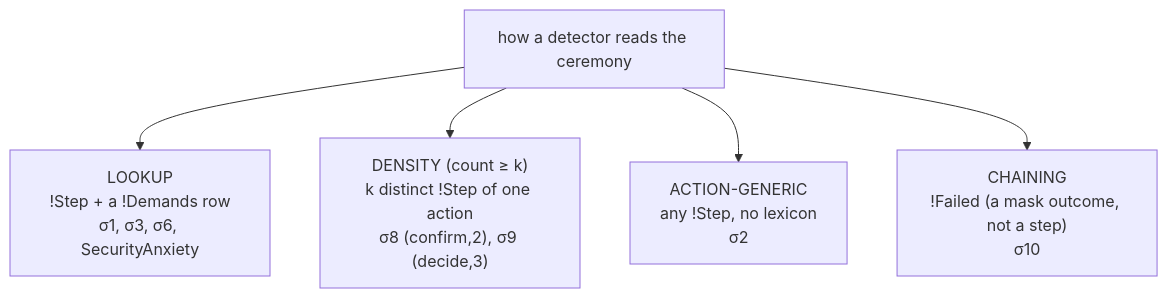
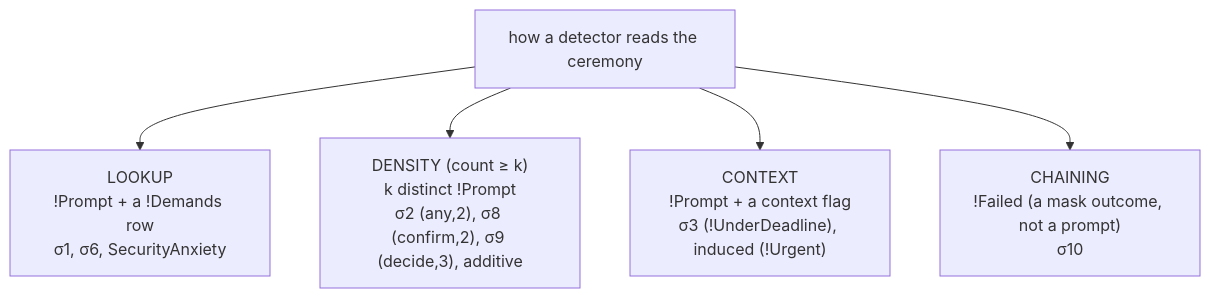
The second of 3 diagrams in tamarin_model/STRESSORS.md (LarissaGRosa/mcp-usable-security-formal-analysis), drawn with Mermaid before and after one commit. The commit also changed other lines of this file and 135 other files, not shown here.

````diff
--- a/tamarin_model/STRESSORS.md
+++ b/tamarin_model/STRESSORS.md
@@ -108,7 +126,7 @@
 ```mermaid
 flowchart TD
-  ROOT["how a detector reads the ceremony"] --> LK["LOOKUP<br/>!Step + a !Demands row<br/>σ1, σ3, σ6, SecurityAnxiety"]
-  ROOT --> DN["DENSITY (count ≥ k)<br/>k distinct !Step of one action<br/>σ8 (confirm,2), σ9 (decide,3)"]
-  ROOT --> GN["ACTION-GENERIC<br/>any !Step, no lexicon<br/>σ2"]
-  ROOT --> CH["CHAINING<br/>!Failed (a mask outcome, not a step)<br/>σ10"]
+  ROOT["how a detector reads the ceremony"] --> LK["LOOKUP<br/>!Prompt + a !Demands row<br/>σ1, σ6, SecurityAnxiety"]
+  ROOT --> DN["DENSITY (count ≥ k)<br/>k distinct !Prompt<br/>σ2 (any,2), σ8 (confirm,2), σ9 (decide,3), additive"]
+  ROOT --> CX["CONTEXT<br/>!Prompt + a context flag<br/>σ3 (!UnderDeadline), induced (!Urgent)"]
+  ROOT --> CH["CHAINING<br/>!Failed (a mask outcome, not a prompt)<br/>σ10"]
 ```
````
